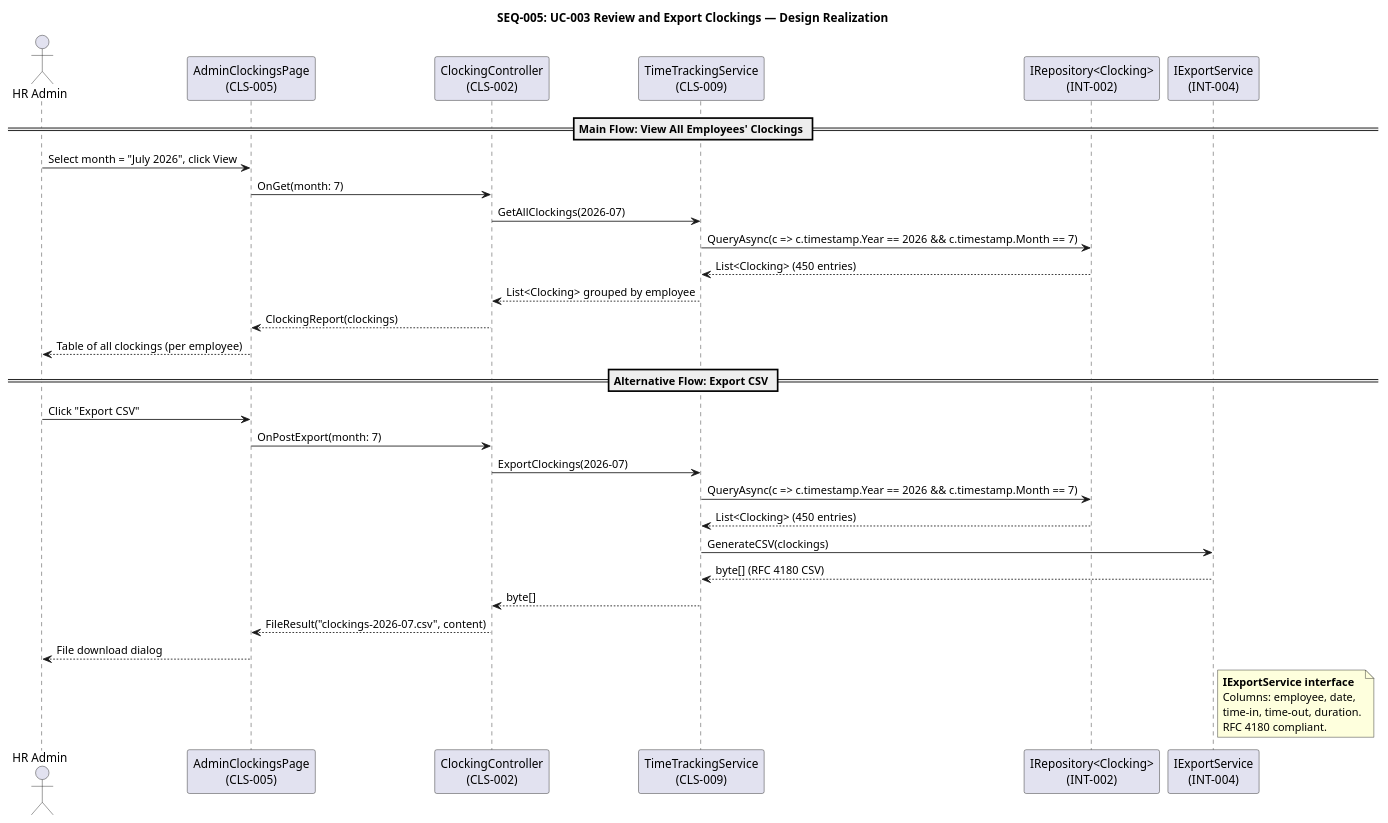
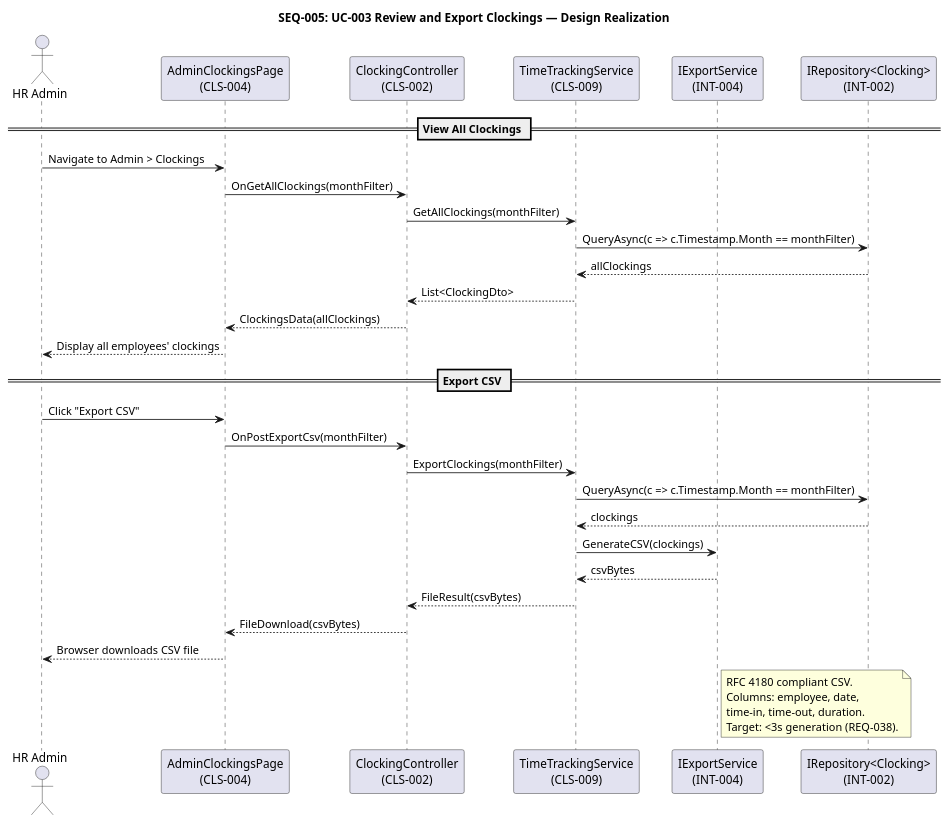
Before and after one commit to banense-test/demo-janke-lab: the tenth of 26 diagrams in docs/artifacts/analysis---design/design-model.md, drawn with PlantUML. The commit also changed other lines of this file, not shown here.

First line of the commit message:
User Interface Designer [E2]: upsert Design Model

````diff
--- a/docs/artifacts/analysis---design/design-model.md
+++ b/docs/artifacts/analysis---design/design-model.md
@@ -772,44 +677,44 @@
 ```plantuml
 @startuml
 title SEQ-005: UC-003 Review and Export Clockings — Design Realization
 
 actor "HR Admin" as HR
-participant "AdminClockingsPage\n(CLS-005)" as UI
+participant "AdminClockingsPage\n(CLS-004)" as UI
 participant "ClockingController\n(CLS-002)" as CTRL
 participant "TimeTrackingService\n(CLS-009)" as TS
+participant "IExportService\n(INT-004)" as EXPORT
 participant "IRepository<Clocking>\n(INT-002)" as REPO
-participant "IExportService\n(INT-004)" as EXP
 
-== Main Flow: View All Employees' Clockings ==
+== View All Clockings ==
 
-HR -> UI : Select month = "July 2026", click View
-UI -> CTRL : OnGet(month: 7)
-CTRL -> TS : GetAllClockings(2026-07)
-TS -> REPO : QueryAsync(c => c.timestamp.Year == 2026 && c.timestamp.Month == 7)
-REPO --> TS : List<Clocking> (450 entries)
-TS --> CTRL : List<Clocking> grouped by employee
-CTRL --> UI : ClockingReport(clockings)
-UI --> HR : Table of all clockings (per employee)
+HR -> UI : Navigate to Admin > Clockings
+UI -> CTRL : OnGetAllClockings(monthFilter)
+CTRL -> TS : GetAllClockings(monthFilter)
+TS -> REPO : QueryAsync(c => c.Timestamp.Month == monthFilter)
+REPO --> TS : allClockings
+TS --> CTRL : List<ClockingDto>
+CTRL --> UI : ClockingsData(allClockings)
+UI --> HR : Display all employees' clockings
 
-== Alternative Flow: Export CSV ==
+== Export CSV ==
 
 HR -> UI : Click "Export CSV"
-UI -> CTRL : OnPostExport(month: 7)
-CTRL -> TS : ExportClockings(2026-07)
-TS -> REPO : QueryAsync(c => c.timestamp.Year == 2026 && c.timestamp.Month == 7)
-REPO --> TS : List<Clocking> (450 entries)
-TS -> EXP : GenerateCSV(clockings)
-EXP --> TS : byte[] (RFC 4180 CSV)
-TS --> CTRL : byte[]
-CTRL --> UI : FileResult("clockings-2026-07.csv", content)
-UI --> HR : File download dialog
+UI -> CTRL : OnPostExportCsv(monthFilter)
+CTRL -> TS : ExportClockings(monthFilter)
+TS -> REPO : QueryAsync(c => c.Timestamp.Month == monthFilter)
+REPO --> TS : clockings
+TS -> EXPORT : GenerateCSV(clockings)
+EXPORT --> TS : csvBytes
+TS --> CTRL : FileResult(csvBytes)
+CTRL --> UI : FileDownload(csvBytes)
+UI --> HR : Browser downloads CSV file
 
-note right of EXP
-  **IExportService interface**
+note right of EXPORT
+  RFC 4180 compliant CSV.
   Columns: employee, date,
   time-in, time-out, duration.
-  RFC 4180 compliant.
+  Target: <3s generation (REQ-038).
 end note
 
 @enduml
 ```
````
